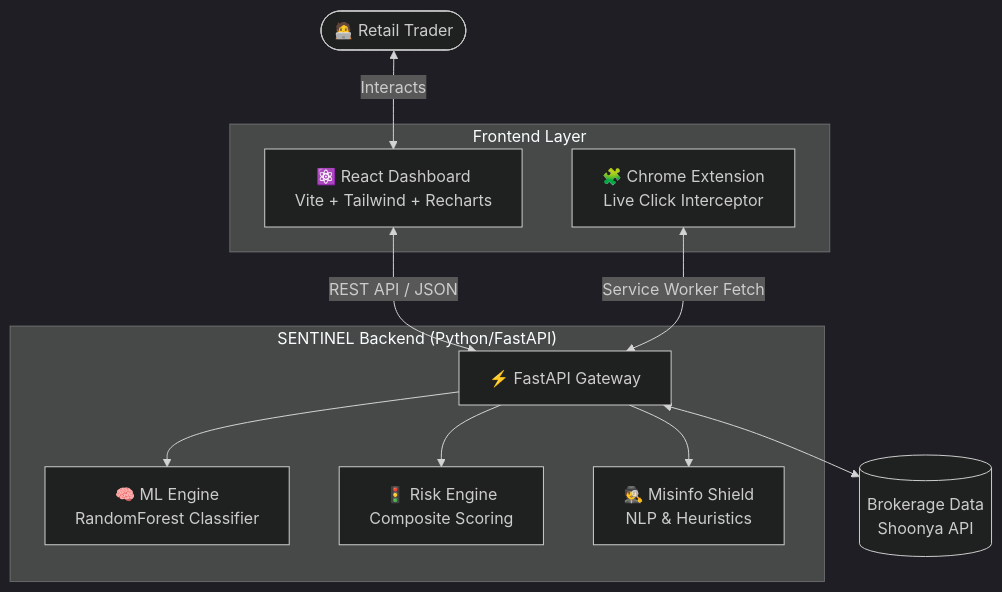
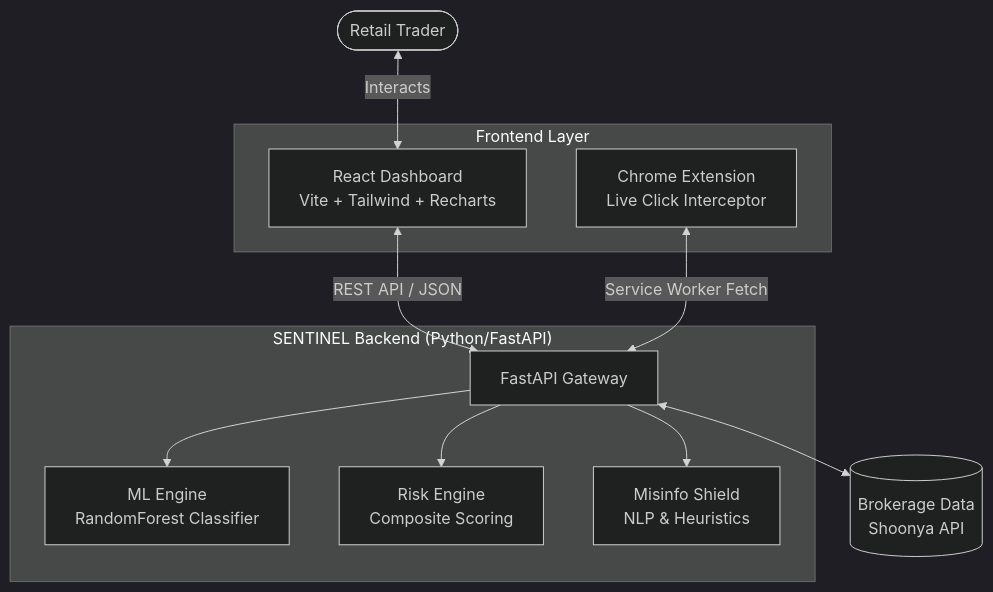
Before and after one commit to piyush0213/sentinel: the diagram in README.md, drawn with Mermaid (dark theme). The commit also changed other lines of this file, not shown here.

````diff
--- a/README.md
+++ b/README.md
@@ -35,21 +35,21 @@
 ```mermaid
 graph TD
-    User([🧑‍💻 Retail Trader]) <-->|Interacts| Frontend
+    User([ Retail Trader]) <-->|Interacts| Frontend
     
     subgraph "Frontend Layer"
-        Frontend[⚛️ React Dashboard<br/>Vite + Tailwind + Recharts]
-        Extension[🧩 Chrome Extension<br/>Live Click Interceptor]
+        Frontend[ React Dashboard<br/>Vite + Tailwind + Recharts]
+        Extension[ Chrome Extension<br/>Live Click Interceptor]
     end
 
     Frontend <-->|REST API / JSON| Backend
     Extension <-->|Service Worker Fetch| Backend
     
     subgraph "SENTINEL Backend (Python/FastAPI)"
-        Backend[⚡ FastAPI Gateway]
-        Backend --> MLEngine[🧠 ML Engine<br/>RandomForest Classifier]
-        Backend --> RiskEngine[🚦 Risk Engine<br/>Composite Scoring]
-        Backend --> Misinfo[🕵️ Misinfo Shield<br/>NLP & Heuristics]
+        Backend[ FastAPI Gateway]
+        Backend --> MLEngine[ ML Engine<br/>RandomForest Classifier]
+        Backend --> RiskEngine[ Risk Engine<br/>Composite Scoring]
+        Backend --> Misinfo[Misinfo Shield<br/>NLP & Heuristics]
     end
     
     Backend <--> Data[(Brokerage Data<br/>Shoonya API)]
 ```
````
